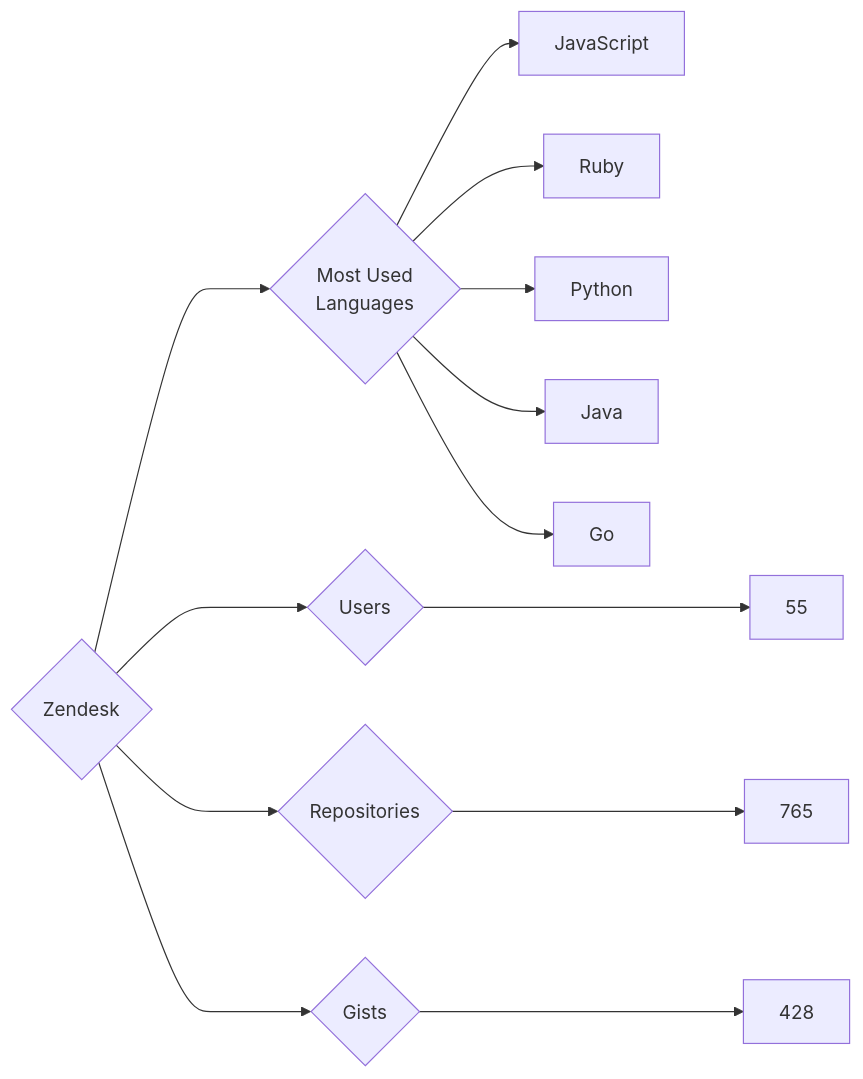
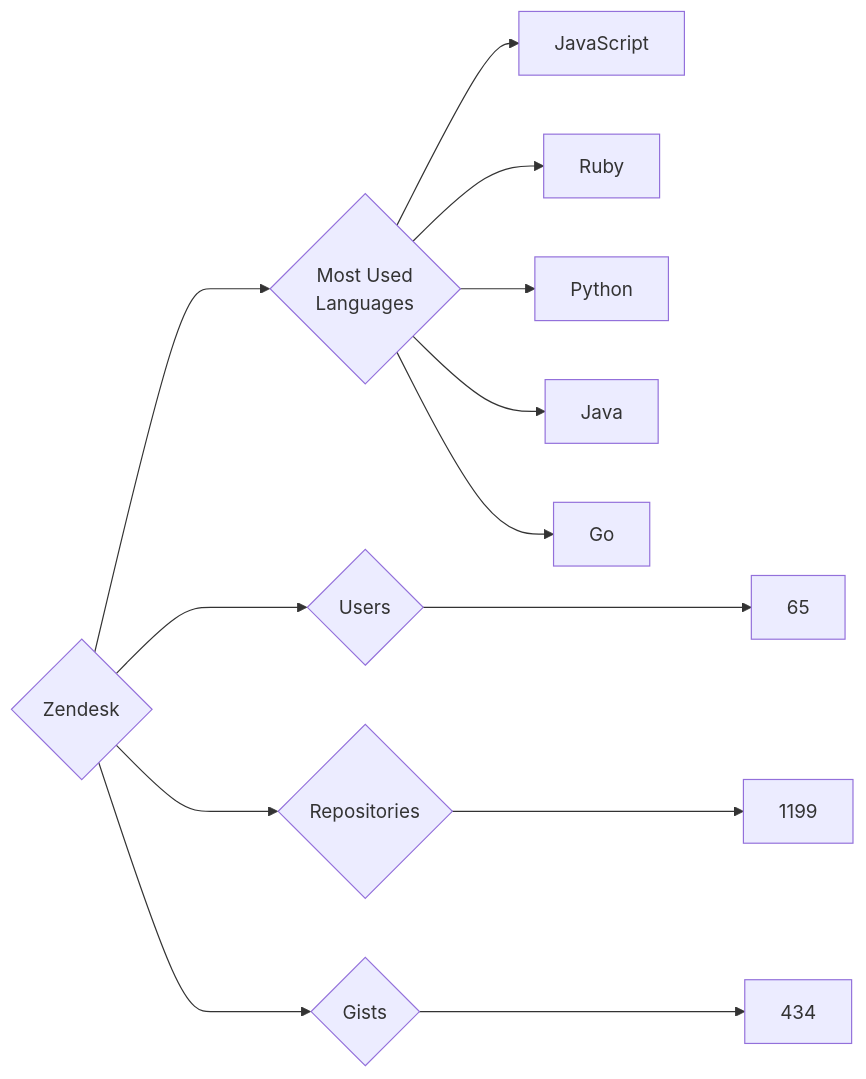
Before and after one commit to trickest/insiders: the diagram in targets/Zendesk/README.md, drawn with Mermaid. The commit also changed 787 other files, not shown here.

````diff
--- a/targets/Zendesk/README.md
+++ b/targets/Zendesk/README.md
@@ -3,13 +3,13 @@
 ```mermaid
 graph LR
 COMPANY_NAME{Zendesk}
-COMPANY_NAME ---> U{Users} ---> UN[55]
-COMPANY_NAME ---> R{Repositories} ---> RN[765]
-COMPANY_NAME ---> G{Gists} ---> GN[428]
+COMPANY_NAME ---> U{Users} ---> UN[65]
+COMPANY_NAME ---> R{Repositories} ---> RN[1199]
+COMPANY_NAME ---> G{Gists} ---> GN[434]
 COMPANY_NAME ---> ML{Most Used<br>Languages}
 ML --> JavaScript[JavaScript]
 ML --> Ruby[Ruby]
 ML --> Python[Python]
 ML --> Java[Java]
 ML --> Go[Go]
 ```
````
